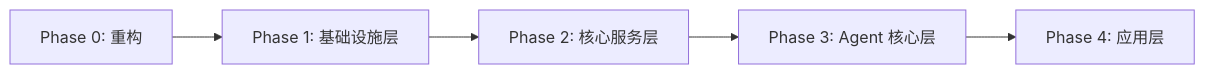
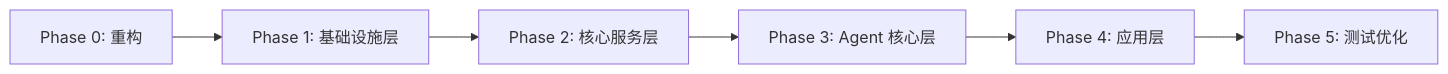
Before and after one commit to mbzcnet/NanoBot.Net: the first of 2 diagrams in doc.ai/plans/Index.md, drawn with Mermaid. The commit also changed other lines of this file and 15 other files, not shown here.

````diff
--- a/doc.ai/plans/Index.md
+++ b/doc.ai/plans/Index.md
@@ -41,7 +41,8 @@
 ```mermaid
 graph LR
     P0[Phase 0: 重构] --> P1[Phase 1: 基础设施层]
     P1 --> P2[Phase 2: 核心服务层]
     P2 --> P3[Phase 3: Agent 核心层]
     P3 --> P4[Phase 4: 应用层]
+    P4 --> P5[Phase 5: 测试优化]
 ```
````
